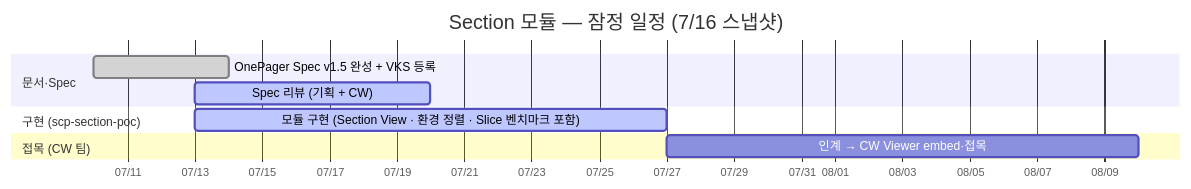
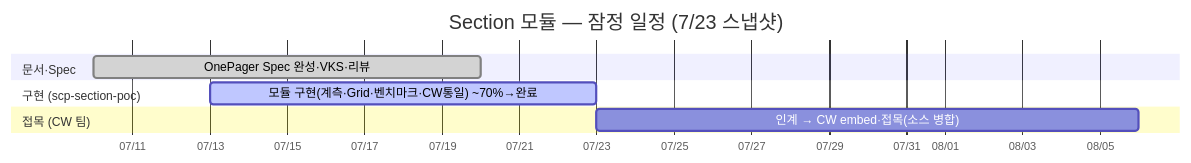
Before and after one commit to gracegyu/scp-architecture: the diagram in docs/SCP Cloud Server 연구/뷰어 관련 연구/WebSectionView/주간회의-Agenda.md, drawn with Mermaid. The commit also changed other lines of this file, not shown here.

Commit message:
문서 업데이트: Cloud Web Viewer v1.3.2의 Section 모듈 주간회의 Agenda를 7/23 기준으로 갱신하였으며, 구현 진행 상황(~70%) 및 관련 참조 정보를 추가하였습니다. 또한, CW UI 통일 및 폰트 설정 불일치 문제를 명확히 하여 향후 접목 시 일관된 렌더링을 보장할 수 있도록 하였습니다.

````diff
--- a/docs/SCP Cloud Server 연구/뷰어 관련 연구/WebSectionView/주간회의-Agenda.md
+++ b/docs/SCP Cloud Server 연구/뷰어 관련 연구/WebSectionView/주간회의-Agenda.md
@@ -105,17 +116,16 @@
     ```mermaid
     gantt
-        title Section 모듈 — 잠정 일정 (7/16 스냅샷)
+        title Section 모듈 — 잠정 일정 (7/23 스냅샷)
         dateFormat YYYY-MM-DD
         axisFormat %m/%d
         todayMarker stroke-width:2px,stroke:#d33,opacity:0.5
 
         section 문서·Spec
-        OnePager Spec v1.5 완성 + VKS 등록   :done, spec, 2026-07-10, 4d
-        Spec 리뷰 (기획 + CW)                :active, specrv, 2026-07-13, 7d
+        OnePager Spec 완성·VKS·리뷰       :done, spec, 2026-07-10, 10d
 
         section 구현 (scp-section-poc)
-        모듈 구현 (Section View · 환경 정렬 · Slice 벤치마크 포함)  :active, impl, 2026-07-13, 14d
+        모듈 구현(계측·Grid·벤치마크·CW통일) ~70%→완료  :active, impl, 2026-07-13, 2026-07-23
 
         section 접목 (CW 팀)
-        인계 → CW Viewer embed·접목           :integ, after impl, 14d
+        인계 → CW embed·접목(소스 병합)      :integ, after impl, 14d
     ```
````
